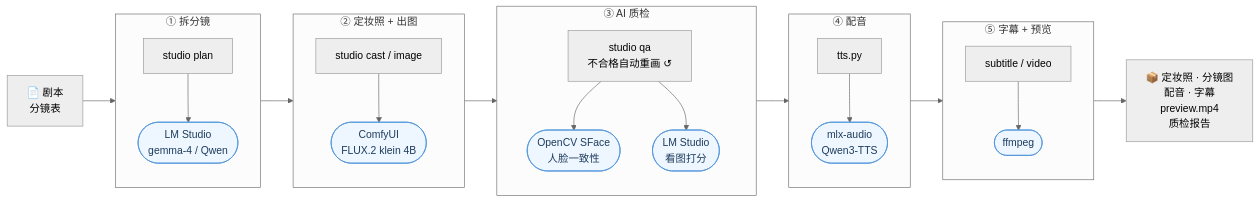
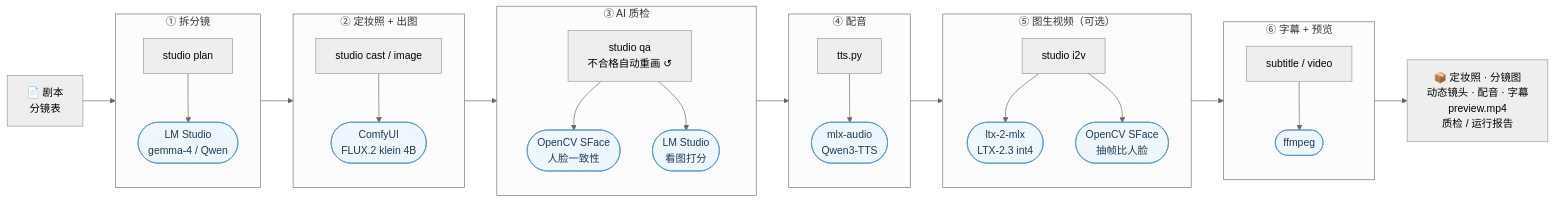
Before and after one commit to lvzhiyi/ai-tools: the first of 2 diagrams in README.md, drawn with Mermaid (neutral theme). The commit also changed other lines of this file and 3 other files, not shown here.

Commit message:
docs: README 演示换成动态版，补图生视频（实测、视频人脸一致性、架构图）

````diff
--- a/README.md
+++ b/README.md
@@ -38,33 +52,38 @@
 ```mermaid
 flowchart LR
     IN["📄 剧本<br/>分镜表"]
 
     subgraph S1["① 拆分镜"]
         direction TB
         a1["studio plan"] --> e1(["LM Studio<br/>gemma-4 / Qwen"])
     end
     subgraph S2["② 定妆照 + 出图"]
         direction TB
         a2["studio cast / image"] --> e2(["ComfyUI<br/>FLUX.2 klein 4B"])
     end
     subgraph S3["③ AI 质检"]
         direction TB
         a3["studio qa<br/>不合格自动重画 ↺"] --> e3(["OpenCV SFace<br/>人脸一致性"])
         a3 --> e3b(["LM Studio<br/>看图打分"])
     end
     subgraph S4["④ 配音"]
         direction TB
         a4["tts.py"] --> e4(["mlx-audio<br/>Qwen3-TTS"])
     end
-    subgraph S5["⑤ 字幕 + 预览"]
+    subgraph S5["⑤ 图生视频（可选）"]
+        direction TB
+        a5v["studio i2v"] --> e5v(["ltx-2-mlx<br/>LTX-2.3 int4"])
+        a5v --> e5f(["OpenCV SFace<br/>抽帧比人脸"])
+    end
+    subgraph S6["⑥ 字幕 + 预览"]
         direction TB
         a5["subtitle / video"] --> e5(["ffmpeg"])
     end
 
-    OUT["📦 定妆照 · 分镜图<br/>配音 · 字幕<br/>preview.mp4<br/>质检报告"]
+    OUT["📦 定妆照 · 分镜图<br/>动态镜头 · 配音 · 字幕<br/>preview.mp4<br/>质检 / 运行报告"]
 
-    IN --> S1 --> S2 --> S3 --> S4 --> S5 --> OUT
+    IN --> S1 --> S2 --> S3 --> S4 --> S5 --> S6 --> OUT
 
     classDef engine fill:#eef6ff,stroke:#4a90d9,color:#1d3c5c
-    class e1,e2,e3,e3b,e4,e5 engine
+    class e1,e2,e3,e3b,e4,e5,e5v,e5f engine
 ```
````
